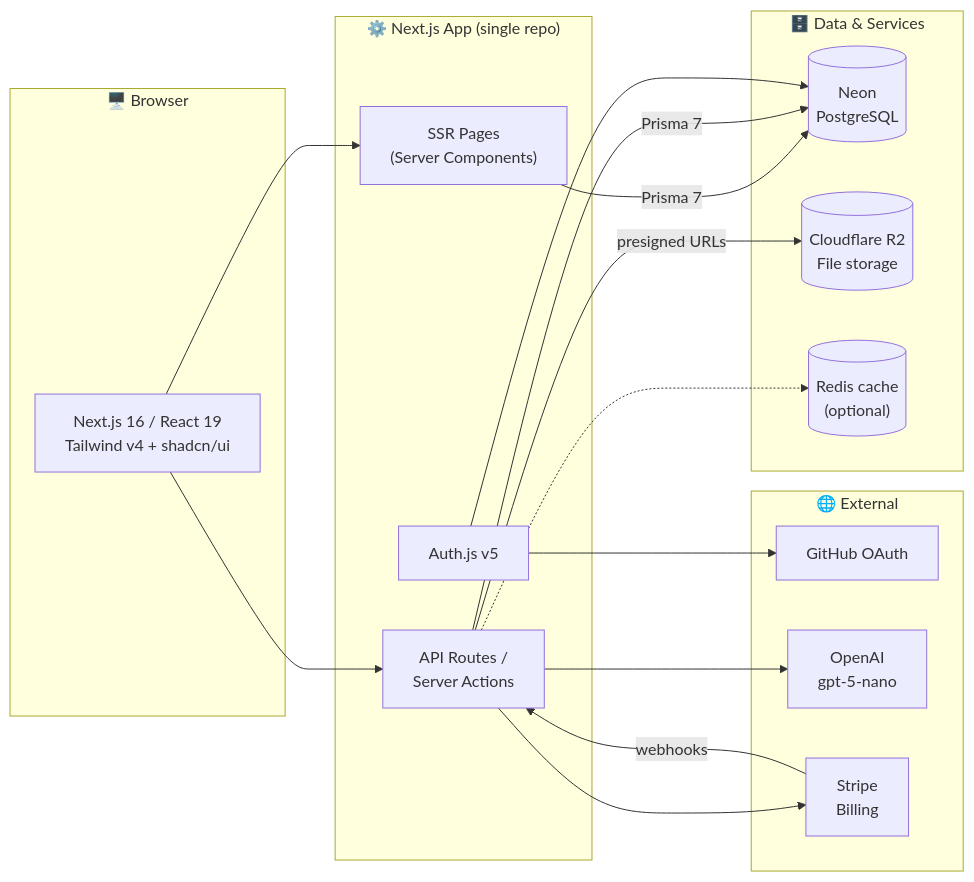
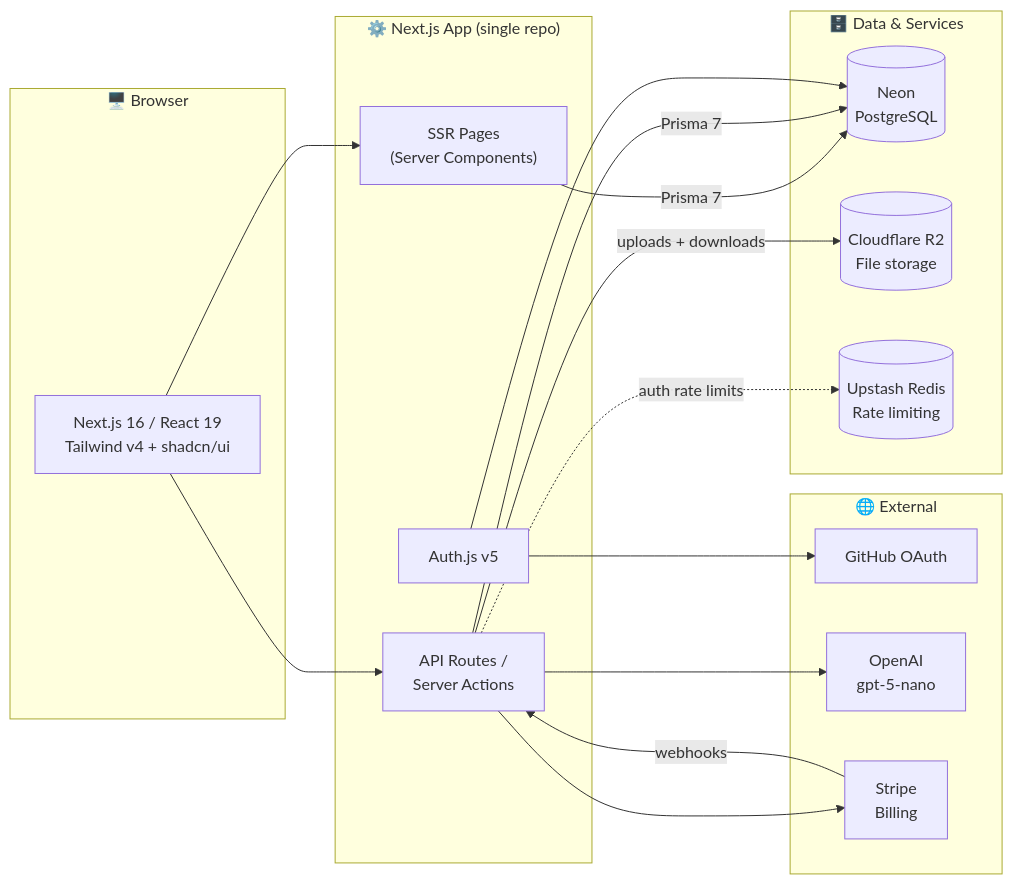
Before and after one commit to sardordev11/devlore: the second of 3 diagrams in context/project-overview.md, drawn with Mermaid. The commit also changed other lines of this file, not shown here.

````diff
--- a/context/project-overview.md
+++ b/context/project-overview.md
@@ -485,36 +485,36 @@
 ```mermaid
 flowchart LR
     subgraph Client["🖥️ Browser"]
         UI["Next.js 16 / React 19<br/>Tailwind v4 + shadcn/ui"]
     end
 
     subgraph App["⚙️ Next.js App (single repo)"]
         SSR["SSR Pages<br/>(Server Components)"]
         API["API Routes /<br/>Server Actions"]
         AUTH["Auth.js v5"]
     end
 
     subgraph Data["🗄️ Data & Services"]
         DB[("Neon<br/>PostgreSQL")]
         R2[("Cloudflare R2<br/>File storage")]
-        REDIS[("Redis cache<br/>(optional)")]
+        REDIS[("Upstash Redis<br/>Rate limiting")]
     end
 
     subgraph External["🌐 External"]
         GH["GitHub OAuth"]
         OAI["OpenAI<br/>gpt-5-nano"]
         STRIPE["Stripe<br/>Billing"]
     end
 
     UI --> SSR
     UI --> API
     SSR -->|Prisma 7| DB
     API -->|Prisma 7| DB
-    API -->|presigned URLs| R2
-    API -.-> REDIS
+    API -->|uploads + downloads| R2
+    API -.->|auth rate limits| REDIS
     AUTH --> GH
     AUTH --> DB
     API --> OAI
     API --> STRIPE
     STRIPE -->|webhooks| API
 ```
````
